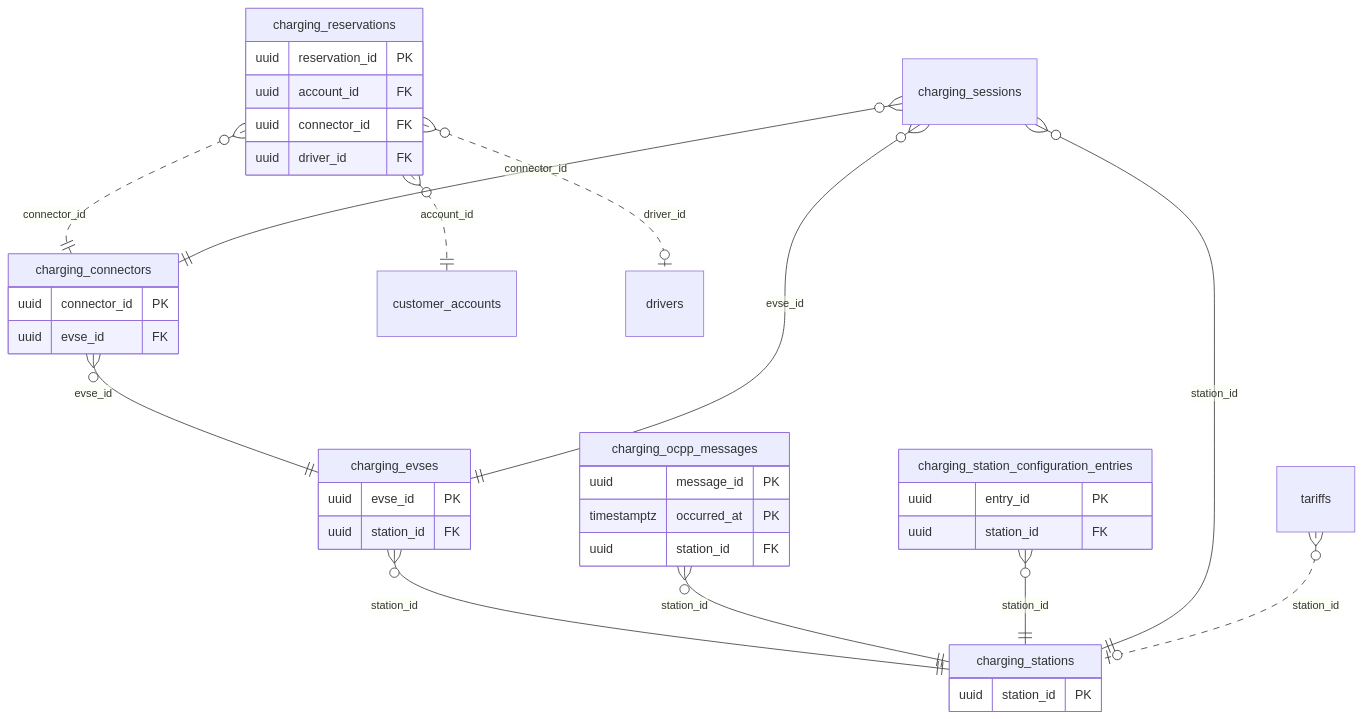
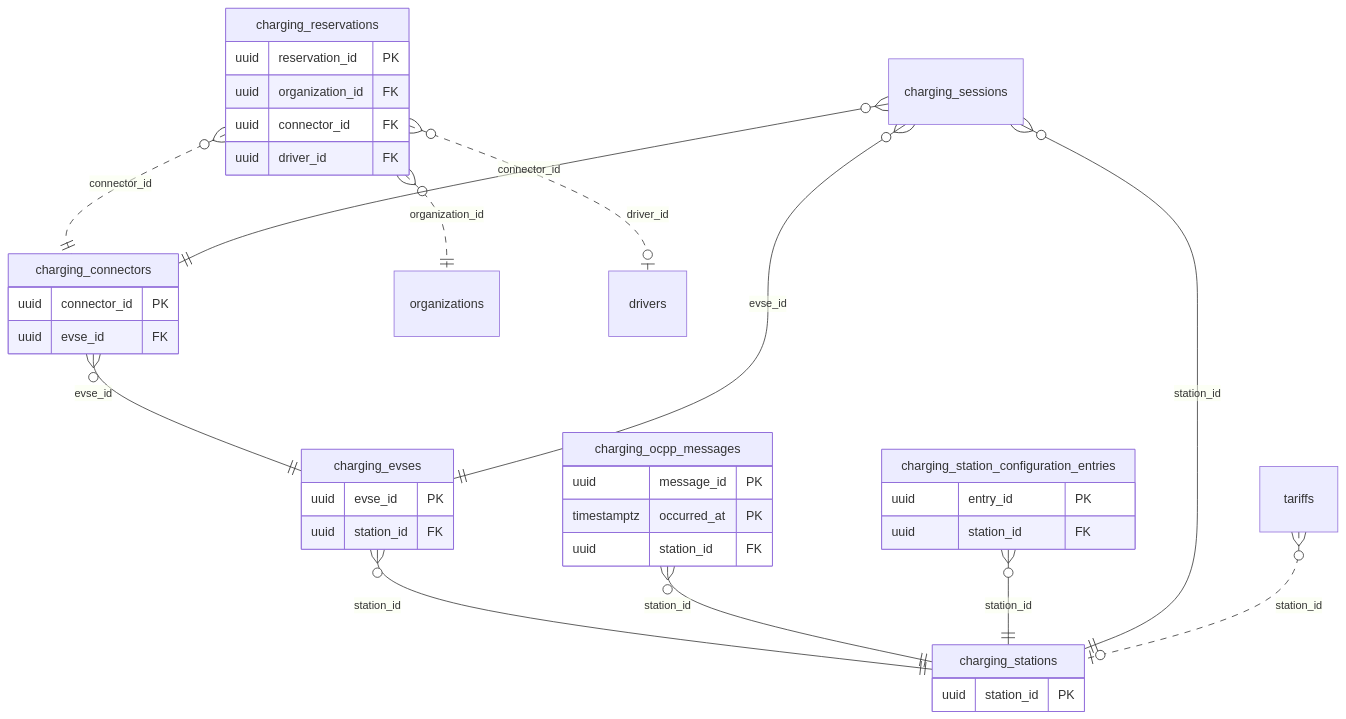
One commit to yolo-coccoc/G3Network-app changed the diagram in docs/01-requirements/domain-model/domains/charging_stations.md. Above: the diagram before and after it, drawn with Mermaid. The commit also changed other lines of this file and 20 other files, not shown here.

````diff
--- a/docs/01-requirements/domain-model/domains/charging_stations.md
+++ b/docs/01-requirements/domain-model/domains/charging_stations.md
@@ -17,40 +17,40 @@
 ```mermaid
 erDiagram
   charging_stations {
     uuid station_id PK
   }
   charging_evses {
     uuid evse_id PK
     uuid station_id FK
   }
   charging_connectors {
     uuid connector_id PK
     uuid evse_id FK
   }
   charging_ocpp_messages {
     uuid message_id PK
     timestamptz occurred_at PK
     uuid station_id FK
   }
   charging_station_configuration_entries {
     uuid entry_id PK
     uuid station_id FK
   }
   charging_reservations {
     uuid reservation_id PK
-    uuid account_id FK
+    uuid organization_id FK
     uuid connector_id FK
     uuid driver_id FK
   }
   charging_evses }o--|| charging_stations : "station_id"
   charging_connectors }o--|| charging_evses : "evse_id"
   charging_ocpp_messages }o--|| charging_stations : "station_id"
   charging_station_configuration_entries }o--|| charging_stations : "station_id"
-  charging_reservations }o..|| customer_accounts : "account_id"
+  charging_reservations }o..|| organizations : "organization_id"
   charging_reservations }o..|| charging_connectors : "connector_id"
   charging_reservations }o..o| drivers : "driver_id"
   charging_sessions }o--|| charging_stations : "station_id"
   charging_sessions }o--|| charging_evses : "evse_id"
   charging_sessions }o--|| charging_connectors : "connector_id"
   tariffs }o..o| charging_stations : "station_id"
 ```
````
